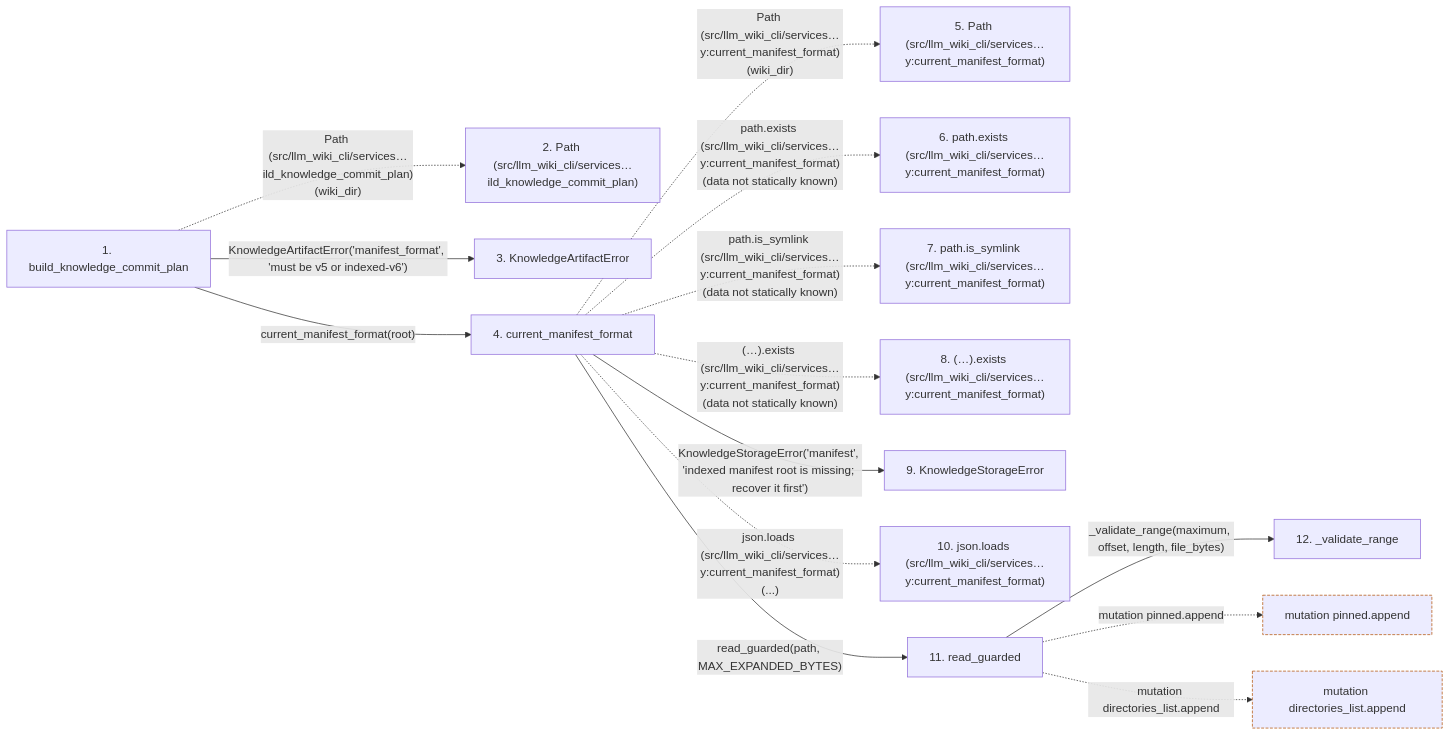
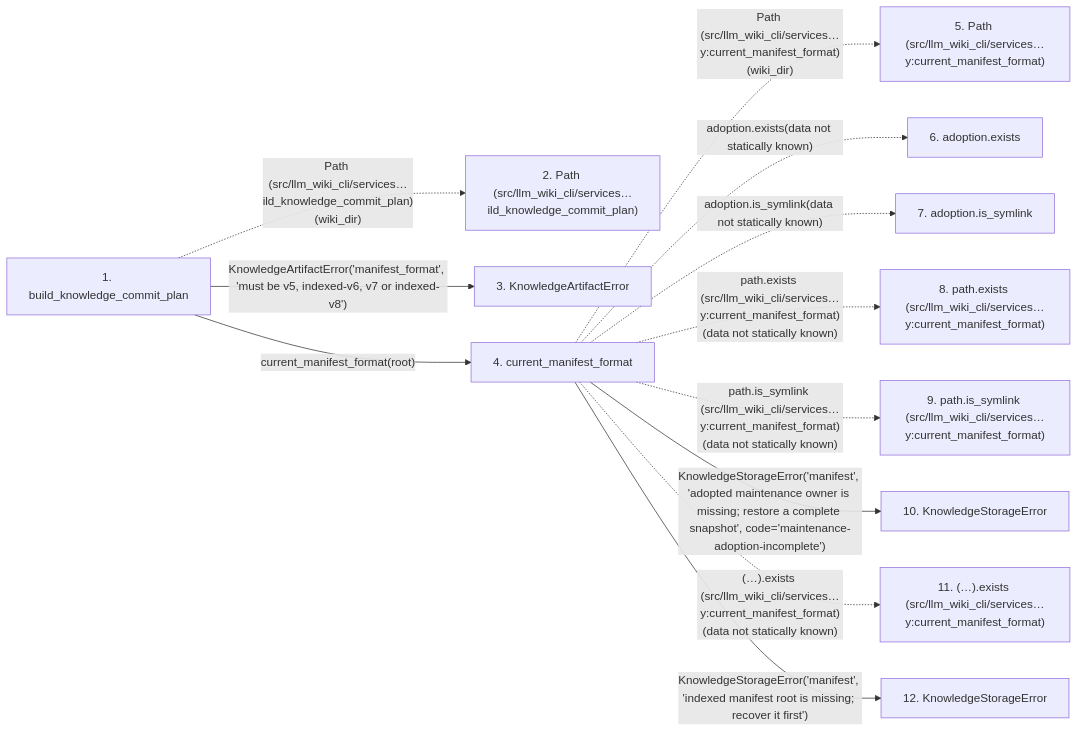
The second of 2 diagrams in docs/llm_wiki/flows/api-build_knowledge_commit_plan.md (Denissvgn/python-wiki-llm), drawn with Mermaid before and after one commit. The commit also changed other lines of this file and 1410 other files, not shown here.

````diff
--- a/docs/llm_wiki/flows/api-build_knowledge_commit_plan.md
+++ b/docs/llm_wiki/flows/api-build_knowledge_commit_plan.md
@@ -105,39 +126,31 @@
 ```mermaid
 flowchart LR
     s1["1. build_knowledge_commit_plan"]
     s2["2. Path (src/llm_wiki_cli/services…ild_knowledge_commit_plan)"]
     s3["3. KnowledgeArtifactError"]
     s4["4. current_manifest_format"]
     s5["5. Path (src/llm_wiki_cli/services…y:current_manifest_format)"]
-    s6["6. path.exists (src/llm_wiki_cli/services…y:current_manifest_format)"]
-    s7["7. path.is_symlink (src/llm_wiki_cli/services…y:current_manifest_format)"]
-    s8["8. (…).exists (src/llm_wiki_cli/services…y:current_manifest_format)"]
-    s9["9. KnowledgeStorageError"]
-    s10["10. json.loads (src/llm_wiki_cli/services…y:current_manifest_format)"]
-    s11["11. read_guarded"]
-    s12["12. _validate_range"]
+    s6["6. adoption.exists"]
+    s7["7. adoption.is_symlink"]
+    s8["8. path.exists (src/llm_wiki_cli/services…y:current_manifest_format)"]
+    s9["9. path.is_symlink (src/llm_wiki_cli/services…y:current_manifest_format)"]
+    s10["10. KnowledgeStorageError"]
+    s11["11. (…).exists (src/llm_wiki_cli/services…y:current_manifest_format)"]
+    s12["12. KnowledgeStorageError"]
     s1 -. "Path (src/llm_wiki_cli/services…ild_knowledge_commit_plan)(wiki_dir)" .-> s2
-    s1 -->|"KnowledgeArtifactError('manifest_format', 'must be v5 or indexed-v6')"| s3
+    s1 -->|"KnowledgeArtifactError('manifest_format', 'must be v5, indexed-v6, v7 or indexed-v8')"| s3
     s1 -->|"current_manifest_format(root)"| s4
     s4 -. "Path (src/llm_wiki_cli/services…y:current_manifest_format)(wiki_dir)" .-> s5
-    s4 -. "path.exists (src/llm_wiki_cli/services…y:current_manifest_format)(data not statically known)" .-> s6
-    s4 -. "path.is_symlink (src/llm_wiki_cli/services…y:current_manifest_format)(data not statically known)" .-> s7
-    s4 -. "(…).exists (src/llm_wiki_cli/services…y:current_manifest_format)(data not statically known)" .-> s8
-    s4 -->|"KnowledgeStorageError('manifest', 'indexed manifest root is missing; recover it first')"| s9
-    s4 -. "json.loads (src/llm_wiki_cli/services…y:current_manifest_format)(...)" .-> s10
-    s4 -->|"read_guarded(path, MAX_EXPANDED_BYTES)"| s11
-    s11 -->|"_validate_range(maximum, offset, length, file_bytes)"| s12
-    b0["mutation pinned.append"]
-    s11 -. "mutation pinned.append" .-> b0
-    b1["mutation directories_list.append"]
-    s11 -. "mutation directories_list.append" .-> b1
+    s4 -. "adoption.exists(data not statically known)" .-> s6
+    s4 -. "adoption.is_symlink(data not statically known)" .-> s7
+    s4 -. "path.exists (src/llm_wiki_cli/services…y:current_manifest_format)(data not statically known)" .-> s8
+    s4 -. "path.is_symlink (src/llm_wiki_cli/services…y:current_manifest_format)(data not statically known)" .-> s9
+    s4 -->|"KnowledgeStorageError('manifest', 'adopted maintenance owner is missing; restore a complete snapshot', code='maintenance-adoption-incomplete')"| s10
+    s4 -. "(…).exists (src/llm_wiki_cli/services…y:current_manifest_format)(data not statically known)" .-> s11
+    s4 -->|"KnowledgeStorageError('manifest', 'indexed manifest root is missing; recover it first')"| s12
     click s1 "../modules/knowledge_artifacts.md"
     click s3 "../modules/knowledge_artifacts.md"
     click s4 "../modules/manifest_storage.md"
-    click s9 "../modules/knowledge_storage.md"
-    click s11 "../modules/knowledge_storage_io.md"
-    click s12 "../modules/knowledge_storage_io.md"
-    classDef boundary stroke:#b45309,stroke-dasharray: 4 2
-    class b0 boundary
-    class b1 boundary
+    click s10 "../modules/knowledge_storage.md"
+    click s12 "../modules/knowledge_storage.md"
 ```
````
